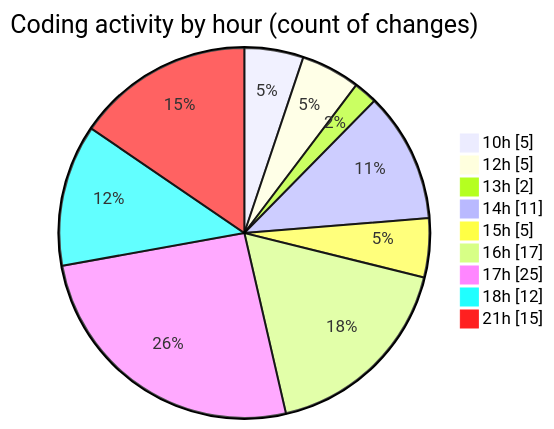
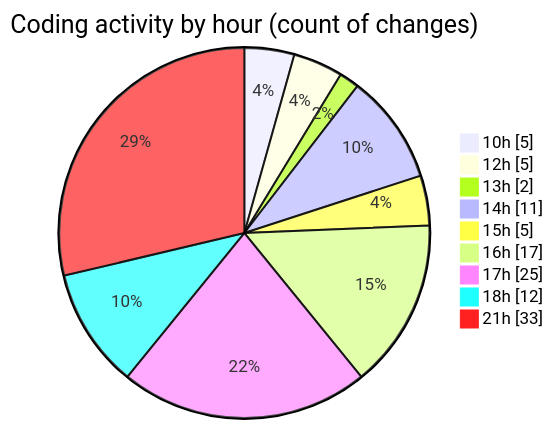
The second of 2 diagrams in 2025-07-07/urlwebwala_intership_work/README.md (Ritupan-Deka/code-tracking), drawn with Mermaid before and after one commit. The commit also changed other lines of this file and 1 other file, not shown here.

````diff
--- a/2025-07-07/urlwebwala_intership_work/README.md
+++ b/2025-07-07/urlwebwala_intership_work/README.md
@@ -33,13 +33,13 @@
 ```mermaid
 pie showData
 title Coding activity by hour (count of changes)
 "10h" : 5
 "12h" : 5
 "13h" : 2
 "14h" : 11
 "15h" : 5
 "16h" : 17
 "17h" : 25
 "18h" : 12
-"21h" : 15
+"21h" : 33
 ```
````
